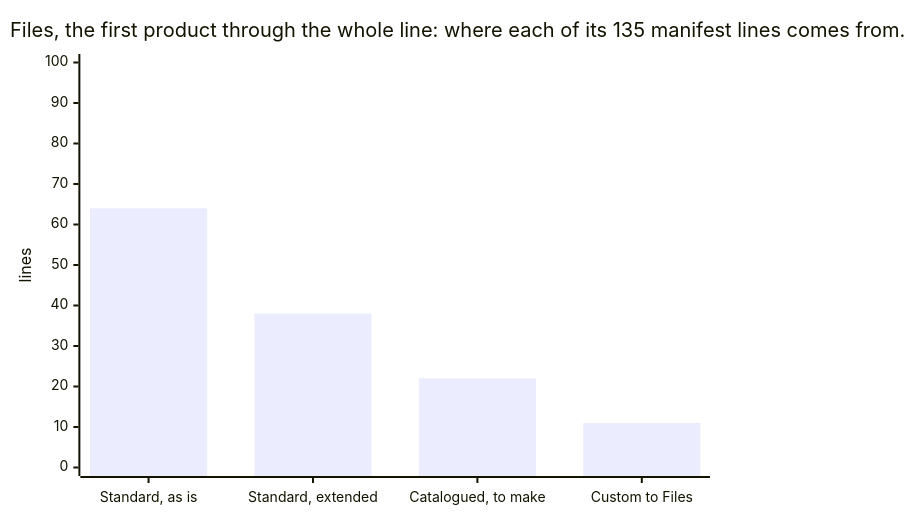
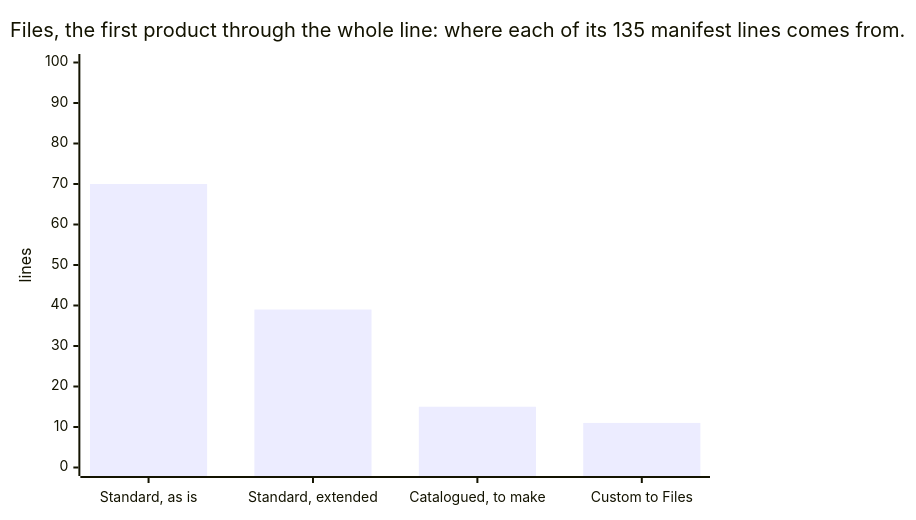
One commit to russlittle/ZTHR changed the second of 3 diagrams in intent/docs/line/engineering.md. Above: the diagram before and after it, drawn with Mermaid. The commit also changed other lines of this file and 17 other files, not shown here.

````diff
--- a/intent/docs/line/engineering.md
+++ b/intent/docs/line/engineering.md
@@ -65,7 +65,7 @@
 ```mermaid
 xychart-beta
   title "Files, the first product through the whole line: where each of its 135 manifest lines comes from."
   x-axis ["Standard, as is", "Standard, extended", "Catalogued, to make", "Custom to Files"]
   y-axis "lines" 0 --> 100
-  bar [64, 38, 22, 11]
+  bar [70, 39, 15, 11]
 ```
````
